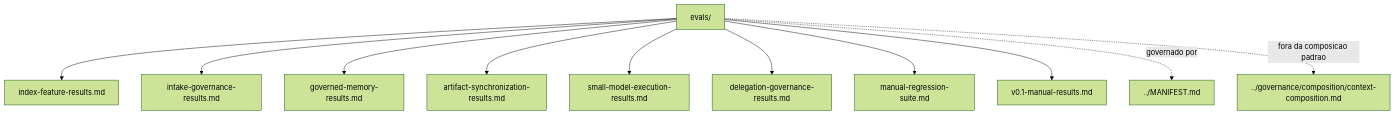
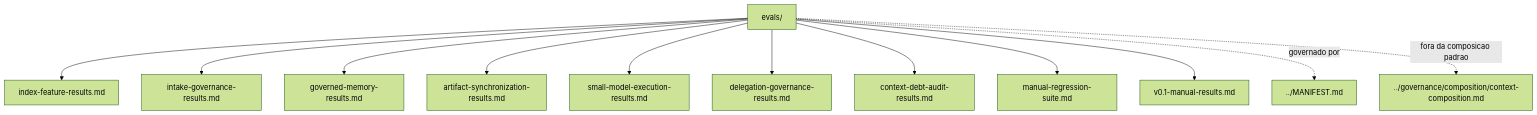
Before and after one commit to moreira-and/agent-ops: the diagram in evals/README.md, drawn with Mermaid (forest theme). The commit also changed other lines of this file and 17 other files, not shown here.

````diff
--- a/evals/README.md
+++ b/evals/README.md
@@ -105,14 +106,15 @@
 ```mermaid
 flowchart TD
     current["evals/"]
     current --> n1["index-feature-results.md"]
     current --> n2["intake-governance-results.md"]
     current --> n3["governed-memory-results.md"]
     current --> n4["artifact-synchronization-results.md"]
     current --> n5["small-model-execution-results.md"]
     current --> n6["delegation-governance-results.md"]
-    current --> n7["manual-regression-suite.md"]
-    current --> n8["v0.1-manual-results.md"]
-    current -. "governado por" .-> n9["../MANIFEST.md"]
-    current -. "fora da composicao padrao" .-> n10["../governance/composition/context-composition.md"]
+    current --> n7["context-debt-audit-results.md"]
+    current --> n8["manual-regression-suite.md"]
+    current --> n9["v0.1-manual-results.md"]
+    current -. "governado por" .-> n10["../MANIFEST.md"]
+    current -. "fora da composicao padrao" .-> n11["../governance/composition/context-composition.md"]
 ```
````
